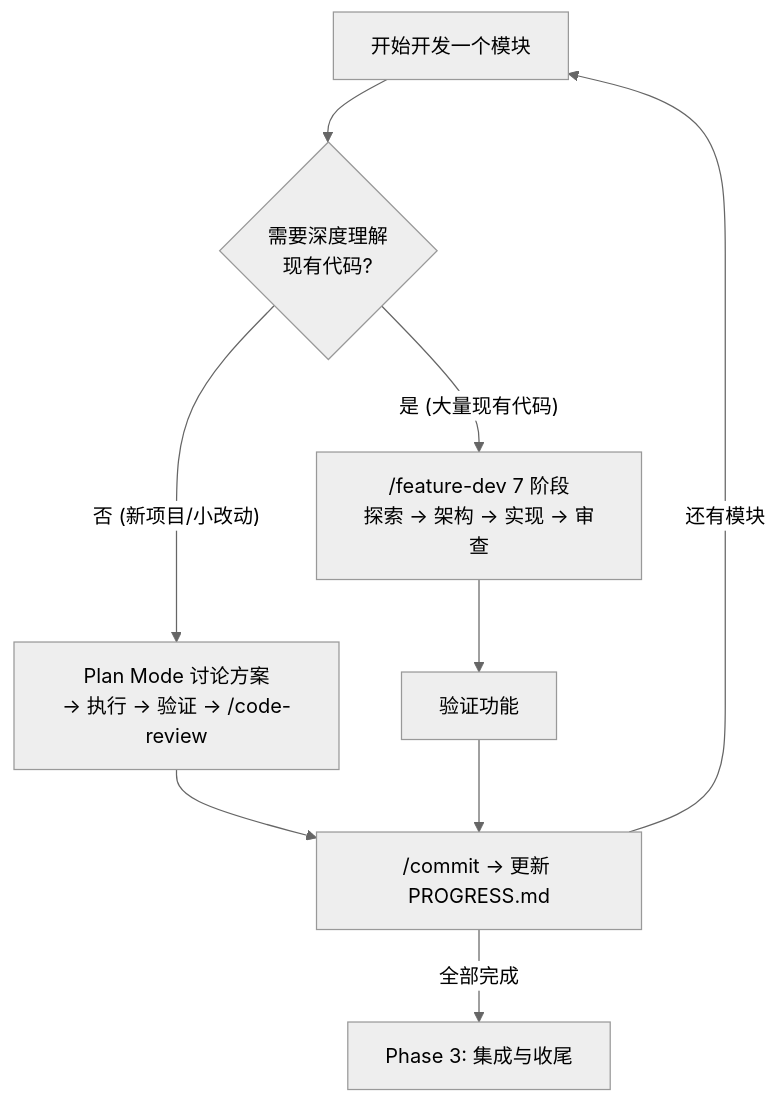
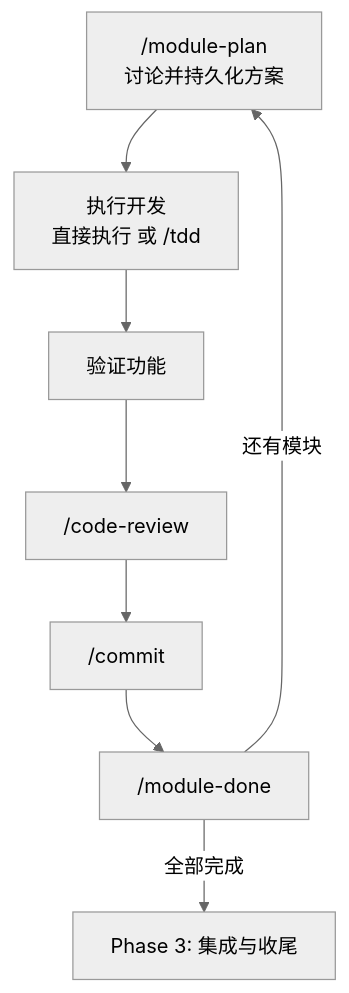
The second of 4 diagrams in WORKFLOW.md (shrekshrek/project-workflow), drawn with Mermaid (neutral theme) before and after one commit. The commit also changed other lines of this file and 14 other files, not shown here.

````diff
--- a/WORKFLOW.md
+++ b/WORKFLOW.md
@@ -262,10 +255,10 @@
 ```mermaid
 flowchart TD
-    Start["开始开发一个模块"] --> Q{"需要深度理解\n现有代码?"}
-    Q -->|"否 (新项目/小改动)"| PM["Plan Mode 讨论方案\n→ 执行 → 验证 → /code-review"]
-    Q -->|"是 (大量现有代码)"| FD["/feature-dev 7 阶段\n探索 → 架构 → 实现 → 审查"]
-    PM --> Commit["/commit → 更新 PROGRESS.md"]
-    FD --> Verify["验证功能"] --> Commit
-    Commit -->|"还有模块"| Start
-    Commit -->|"全部完成"| P3["Phase 3: 集成与收尾"]
+    Start["/module-plan\n讨论并持久化方案"] --> Execute["执行开发\n直接执行 或 /tdd"]
+    Execute --> Verify["验证功能"]
+    Verify --> CR["/code-review"]
+    CR --> Commit["/commit"]
+    Commit --> Done["/module-done"]
+    Done -->|"还有模块"| Start
+    Done -->|"全部完成"| P3["Phase 3: 集成与收尾"]
 ```
````
